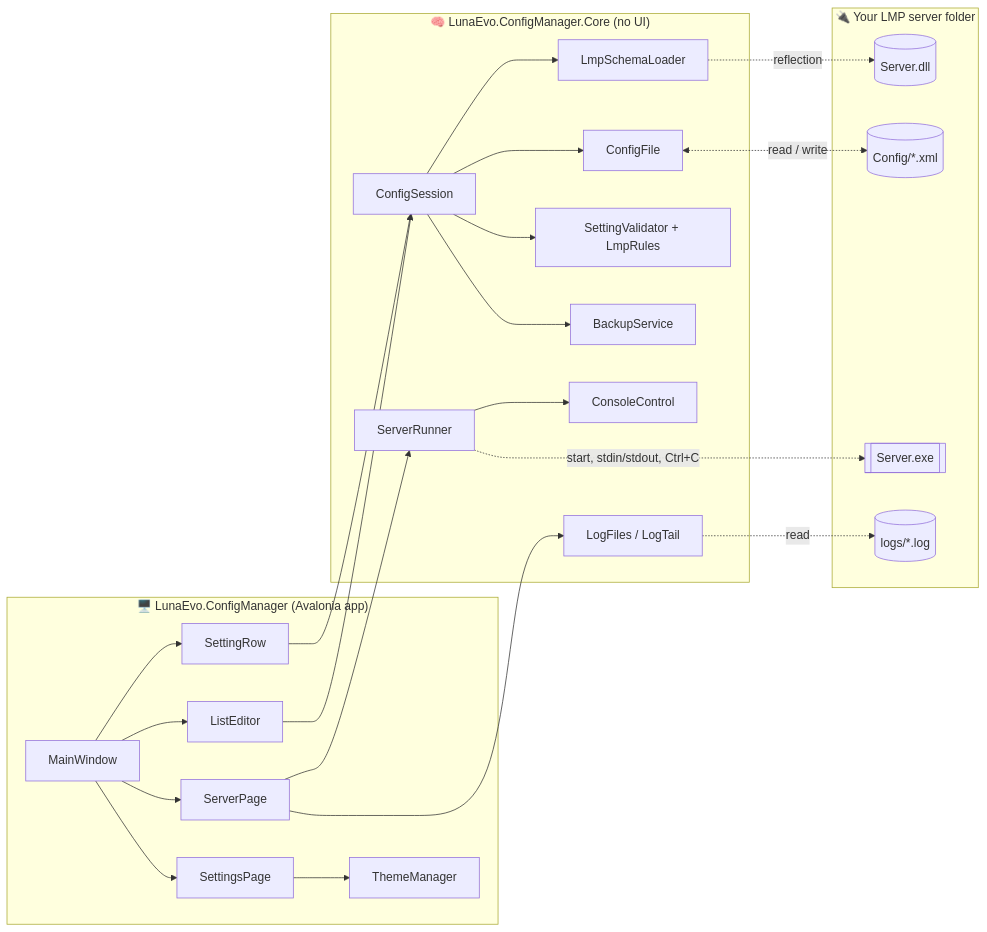
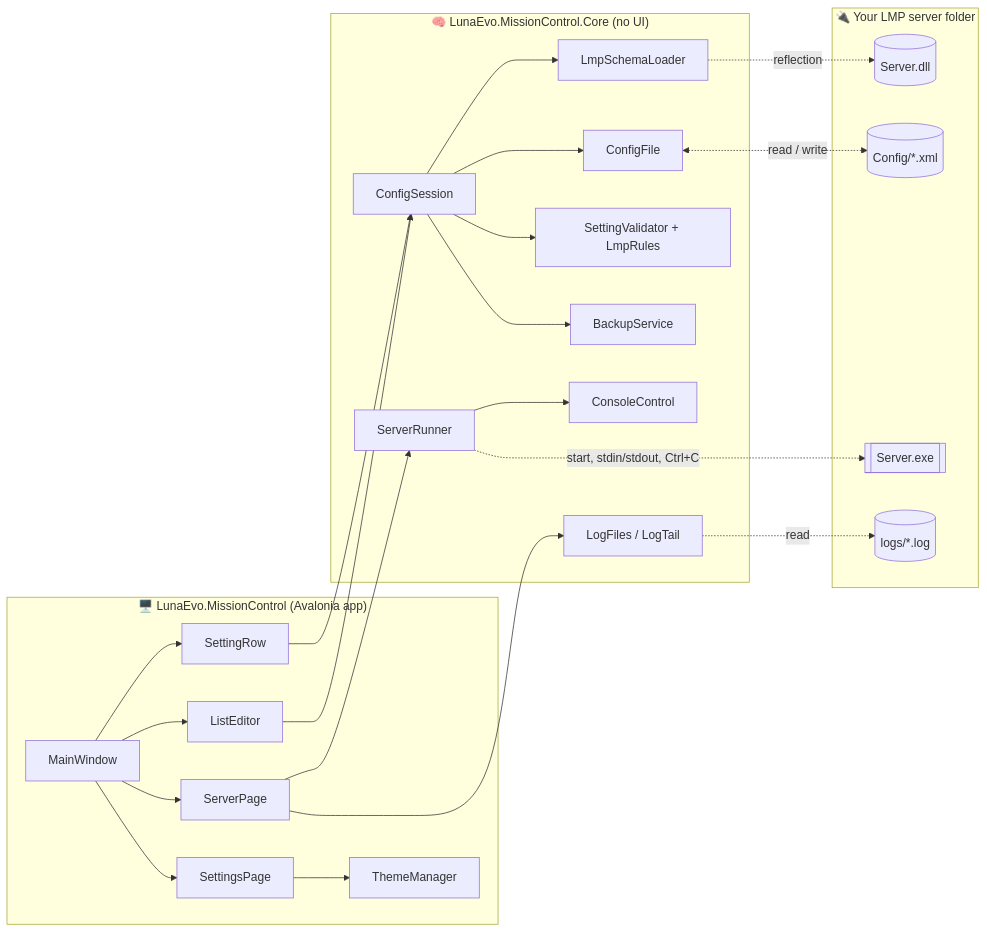
The diagram in Meat and Potatoes/01-Architecture.md (NEON-NULL-NARWHAL/luna-evo-mission-control), drawn with Mermaid before and after one commit. The commit also changed 227 other files, not shown here.

First line of the commit message:
2.0.0: LUNA EVO Mission Control, deep-dive audit 9

````diff
--- a/Meat and Potatoes/01-Architecture.md
+++ b/Meat and Potatoes/01-Architecture.md
@@ -7,30 +7,30 @@
 ```mermaid
 flowchart LR
-    subgraph App["🖥️ LunaEvo.ConfigManager (Avalonia app)"]
+    subgraph App["🖥️ LunaEvo.MissionControl (Avalonia app)"]
         MW[MainWindow] --> SR[SettingRow]
         MW --> LE[ListEditor]
         MW --> SP[ServerPage]
         MW --> ST[SettingsPage]
         ST --> TM[ThemeManager]
     end
-    subgraph Core["🧠 LunaEvo.ConfigManager.Core (no UI)"]
+    subgraph Core["🧠 LunaEvo.MissionControl.Core (no UI)"]
         CS[ConfigSession] --> SL[LmpSchemaLoader]
         CS --> CF[ConfigFile]
         CS --> V[SettingValidator + LmpRules]
         CS --> B[BackupService]
         RUN[ServerRunner] --> CC[ConsoleControl]
         LF[LogFiles / LogTail]
     end
     subgraph LMP["🔌 Your LMP server folder"]
         DLL[(Server.dll)]
         XML[(Config/*.xml)]
         EXE[[Server.exe]]
         LOGS[(logs/*.log)]
     end
     SR & LE --> CS
     SP --> RUN & LF
     SL -. reflection .-> DLL
     CF <-. read / write .-> XML
     RUN -. start, stdin/stdout, Ctrl+C .-> EXE
     LF -. read .-> LOGS
 ```
````
